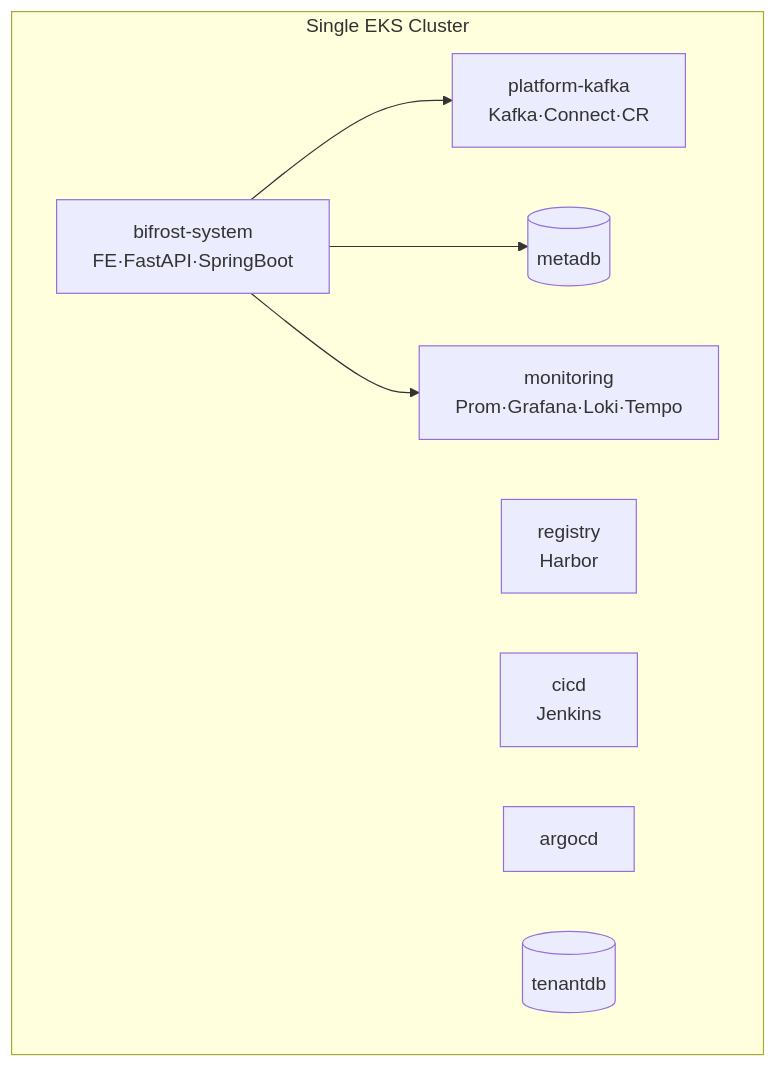
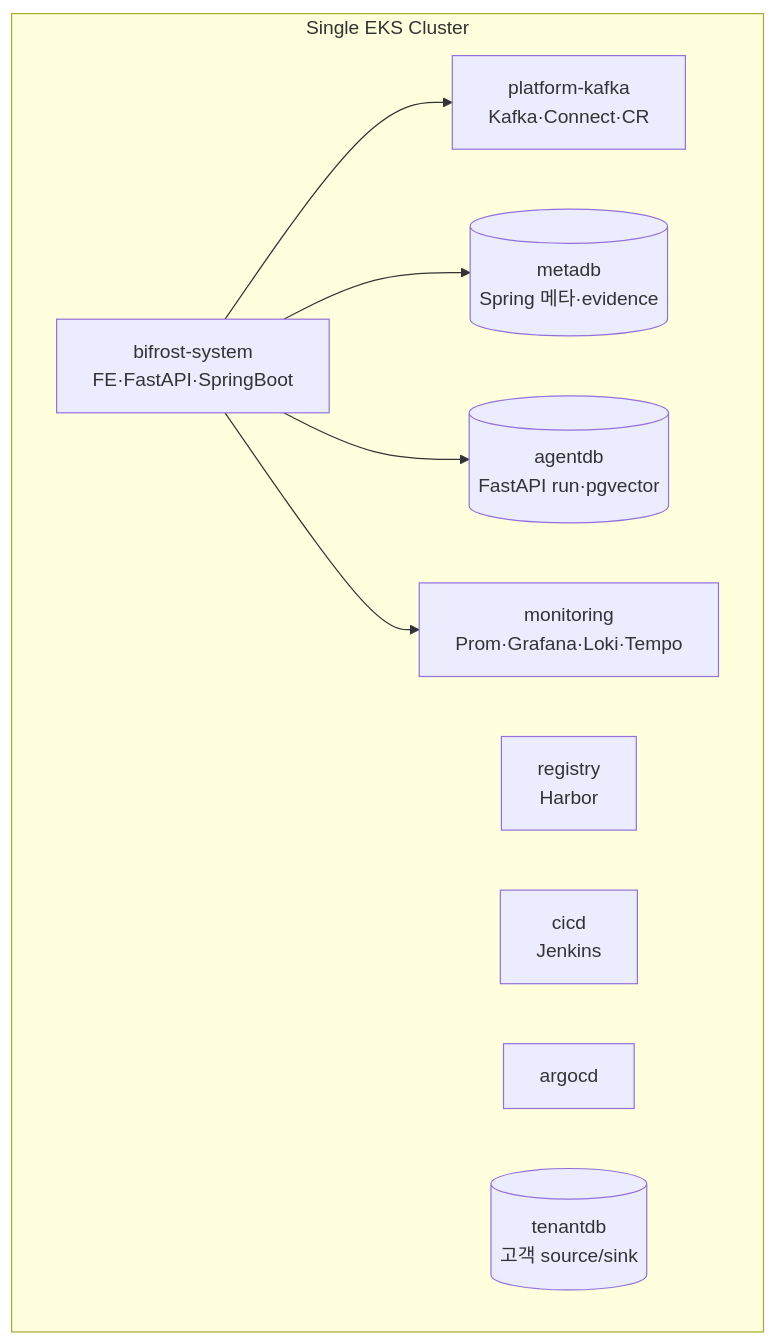
The diagram in docs/design/infra.md (cloud-team2/bifrost), drawn with Mermaid before and after one commit. The commit also changed other lines of this file and 7 other files, not shown here.

First line of the commit message:
#120 [feat] ai-service 인프라 프로비저닝 (agentdb pgvector + helm/secret 준비)

````diff
--- a/docs/design/infra.md
+++ b/docs/design/infra.md
@@ -7,17 +7,19 @@
 ```mermaid
 flowchart TB
     subgraph EKS[Single EKS Cluster]
       direction LR
       PK[platform-kafka<br/>Kafka·Connect·CR]
       BF[bifrost-system<br/>FE·FastAPI·SpringBoot]
       RG[registry<br/>Harbor]
       CI[cicd<br/>Jenkins]
       AR[argocd]
       MON[monitoring<br/>Prom·Grafana·Loki·Tempo]
-      MDB[(metadb)]
-      UDB[(tenantdb)]
+      MDB[(metadb<br/>Spring 메타·evidence)]
+      ADB[(agentdb<br/>FastAPI run·pgvector)]
+      UDB[(tenantdb<br/>고객 source/sink)]
     end
     BF --> PK
     BF --> MDB
+    BF --> ADB
     BF --> MON
 ```
````
